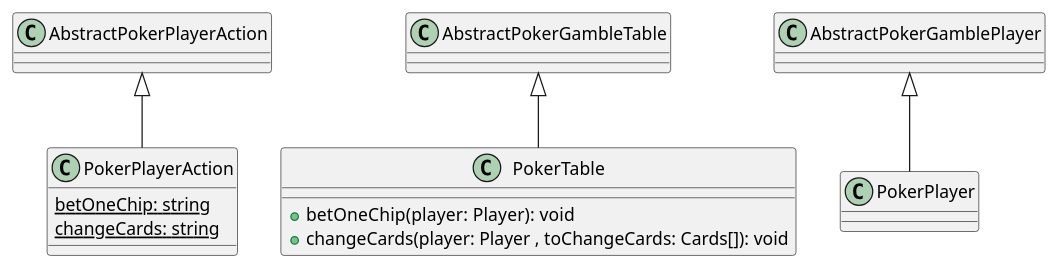
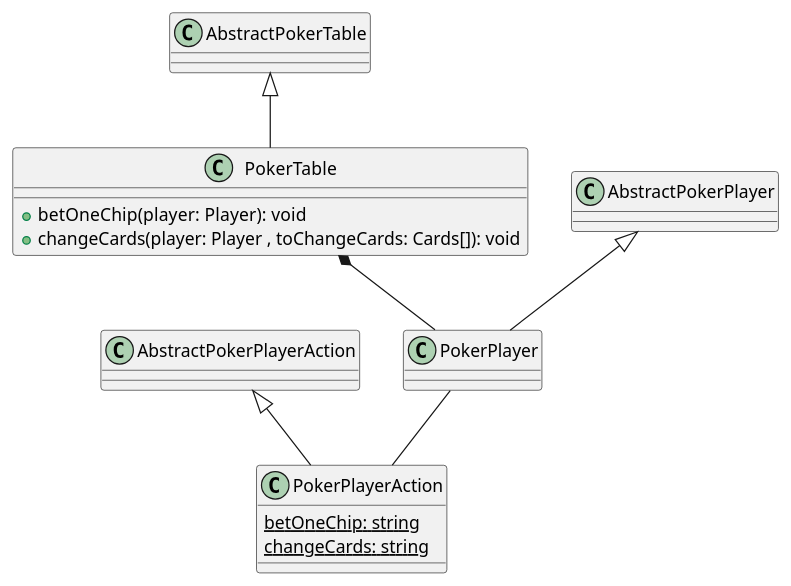
Before and after one commit to recursion-teamdev-teamd/devlog: the diagram in uml/akiba/Poker.puml, drawn with PlantUML. The commit also changed 9 other files, not shown here.

Commit message:
done creating uml akiba

```diff
--- a/uml/akiba/Poker.puml
+++ b/uml/akiba/Poker.puml
@@ -1,12 +1,15 @@
 class PokerPlayerAction extends AbstractPokerPlayerAction{
   {static}betOneChip: string
   {static}changeCards: string
 }
 
-class PokerTable extends AbstractPokerGambleTable{ 
+class PokerTable extends AbstractPokerTable{ 
   +betOneChip(player: Player):  void
   +changeCards(player: Player , toChangeCards: Cards[]): void
 }
 
 
-class PokerPlayer extends AbstractPokerGamblePlayer{}
+class PokerPlayer extends AbstractPokerPlayer{}
+
+PokerTable *-- PokerPlayer
+PokerPlayer -- PokerPlayerAction
```
